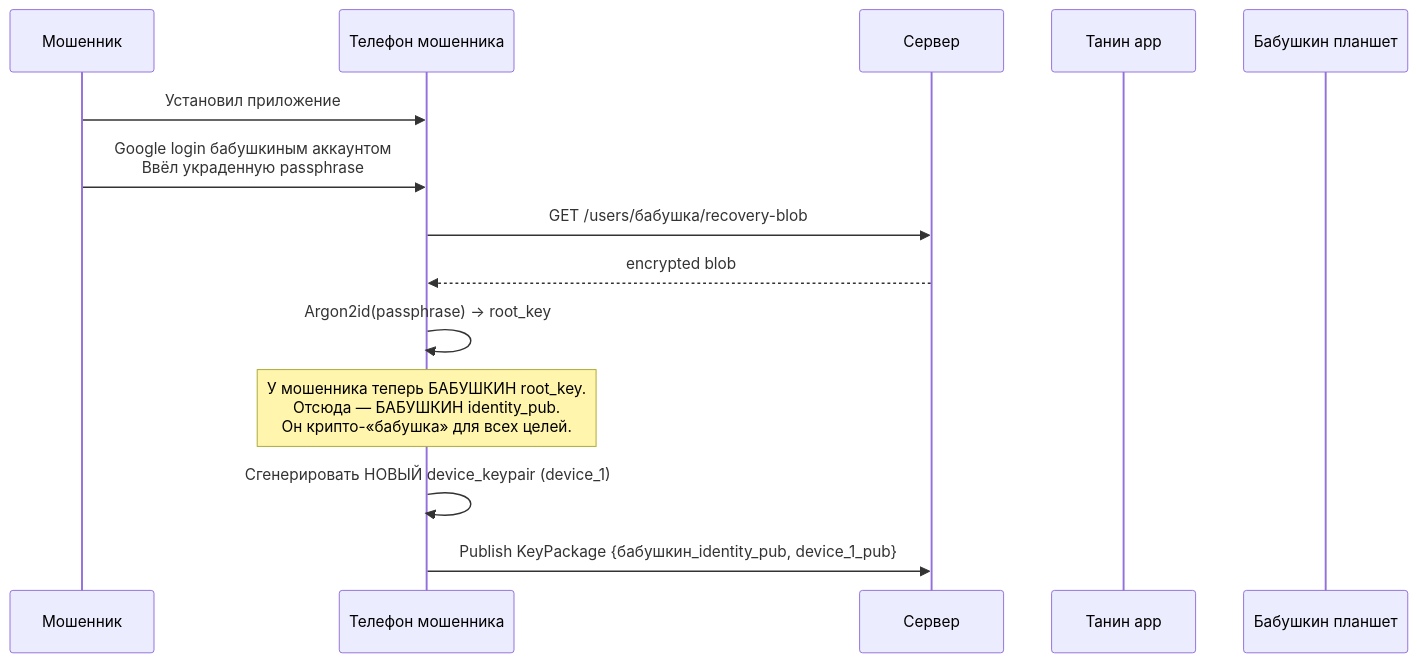
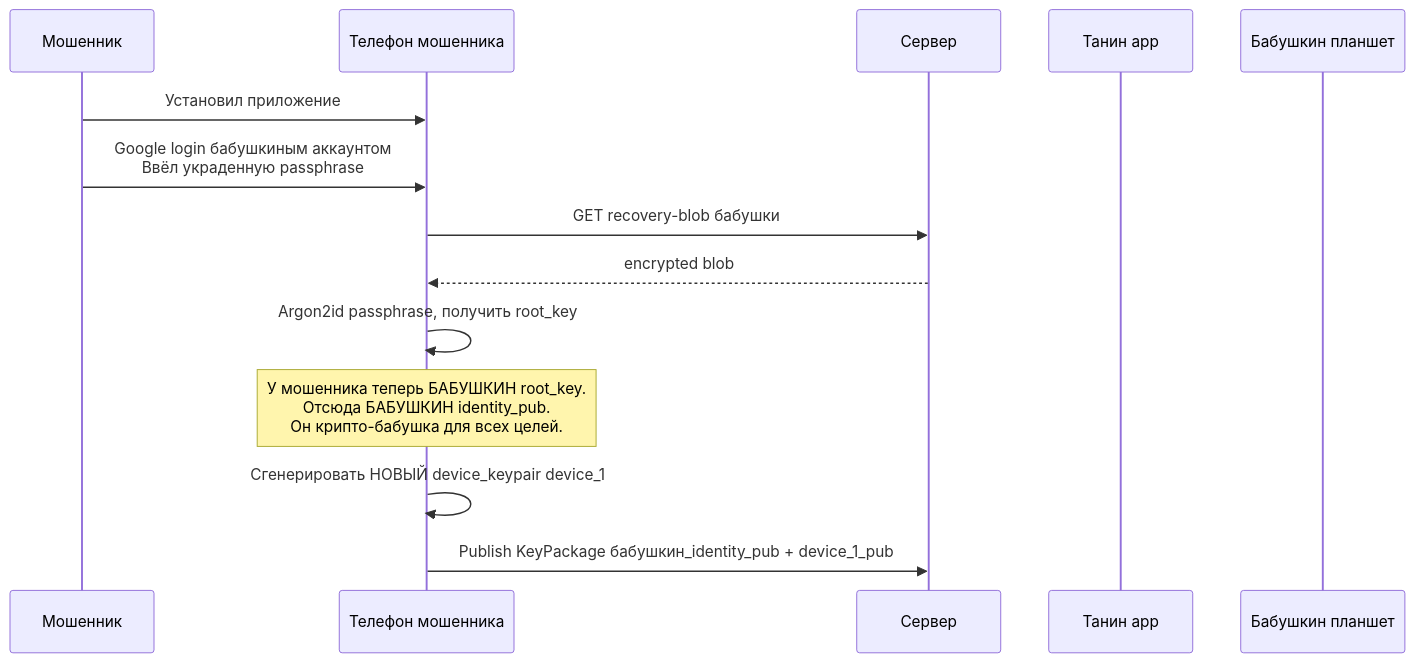
Before and after one commit to jeromwork/launcher: the second of 4 diagrams in backlog/tasks/task-102 - Decision-Revoke-policy.md, drawn with Mermaid. The commit also changed other lines of this file and 1 other file, not shown here.

First line of the commit message:
fix(task-102): strip parens/apostrophes from mermaid participants + add rule

````diff
--- a/backlog/tasks/task-102 - Decision-Revoke-policy.md
+++ b/backlog/tasks/task-102 - Decision-Revoke-policy.md
@@ -264,17 +264,17 @@
 ```mermaid
 sequenceDiagram
     participant Ат as Мошенник
     participant М_т as Телефон мошенника
     participant С as Сервер
     participant Т as Танин app
     participant Б_пл as Бабушкин планшет
 
     Ат->>М_т: Установил приложение
     Ат->>М_т: Google login бабушкиным аккаунтом<br/>Ввёл украденную passphrase
-    М_т->>С: GET /users/бабушка/recovery-blob
+    М_т->>С: GET recovery-blob бабушки
     С-->>М_т: encrypted blob
-    М_т->>М_т: Argon2id(passphrase) → root_key
-    Note over М_т: У мошенника теперь БАБУШКИН root_key.<br/>Отсюда — БАБУШКИН identity_pub.<br/>Он крипто-«бабушка» для всех целей.
-    М_т->>М_т: Сгенерировать НОВЫЙ device_keypair (device_1)
-    М_т->>С: Publish KeyPackage {бабушкин_identity_pub, device_1_pub}
+    М_т->>М_т: Argon2id passphrase, получить root_key
+    Note over М_т: У мошенника теперь БАБУШКИН root_key.<br/>Отсюда БАБУШКИН identity_pub.<br/>Он крипто-бабушка для всех целей.
+    М_т->>М_т: Сгенерировать НОВЫЙ device_keypair device_1
+    М_т->>С: Publish KeyPackage бабушкин_identity_pub + device_1_pub
 ```
````
